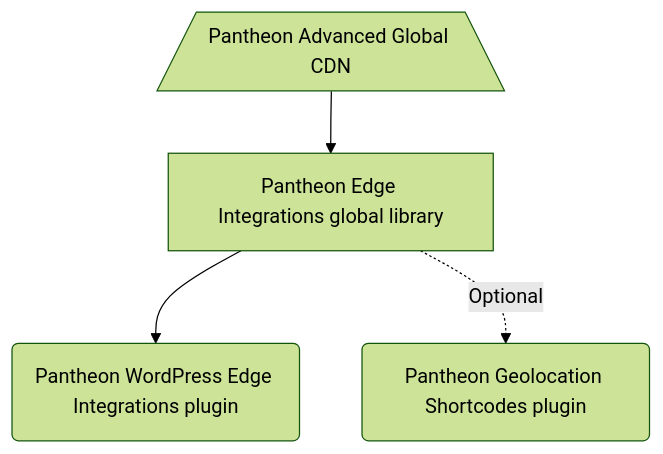
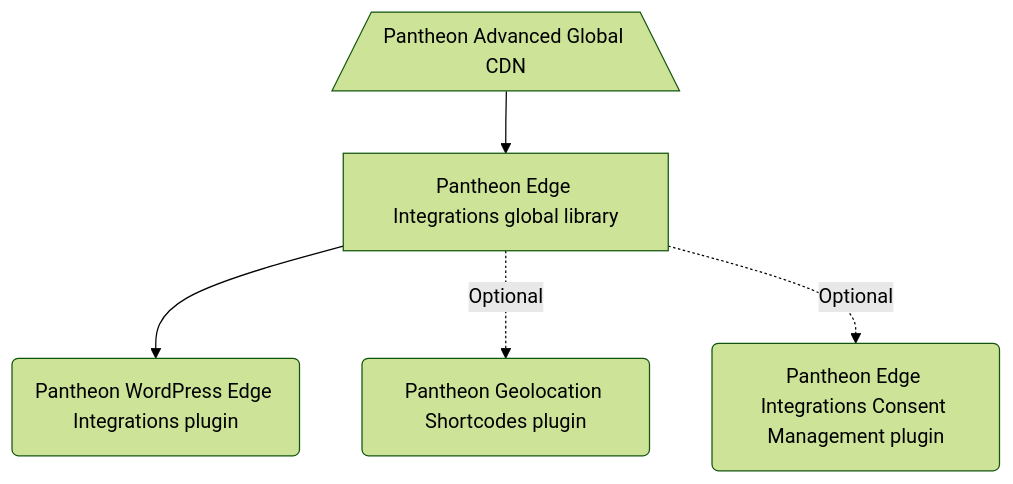
The diagram in README.md (pantheon-systems/edge-integrations-wordpress-sdk), drawn with Mermaid (forest theme) before and after one commit. The commit also changed other lines of this file, not shown here.

First line of the commit message:
adds consent management plugin to mermaid graph

````diff
--- a/README.md
+++ b/README.md
@@ -13,6 +13,7 @@
 ```mermaid
 flowchart TB
 agcdn[/Pantheon Advanced Global CDN\]-->ei[Pantheon Edge Integrations global library]
 ei-->eiplugin(Pantheon WordPress Edge Integrations plugin)
 ei-. Optional -.->geoipplugin(Pantheon Geolocation Shortcodes plugin)
+ei-. Optional -.->consent(Pantheon Edge Integrations Consent Management plugin)
 ```
````
